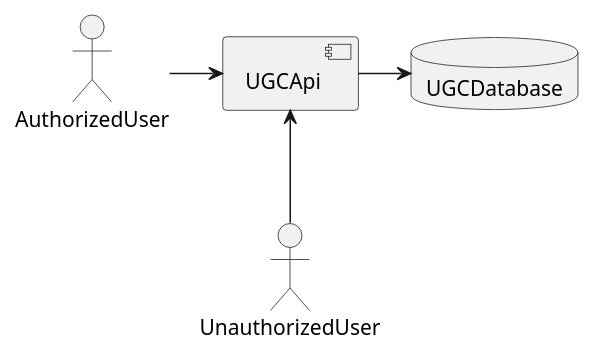
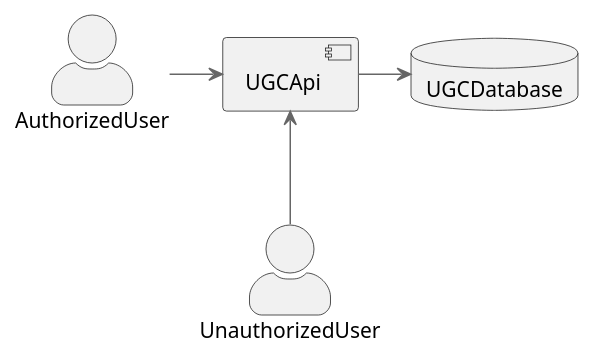
The diagram in docs/ugc-sch.puml (artwist-polyakov/Auth_sprint_1), drawn with PlantUML before and after one commit. The commit also changed 2 other files, not shown here.

Commit message:
обновляет схему связи сервисов

```diff
--- a/docs/ugc-sch.puml
+++ b/docs/ugc-sch.puml
@@ -1,12 +1,17 @@
 @startuml
+
+!include https://raw.githubusercontent.com/plantuml-stdlib/C4-PlantUML/master/C4_Container.puml
+
 skinparam componentStyle uml2
+
+
 actor AuthorizedUser
 actor UnauthorizedUser
 component UGCApi
 database UGCDatabase
 
 
 AuthorizedUser -> UGCApi
 UGCApi -> UGCDatabase
 UnauthorizedUser -up-> UGCApi
 @enduml
```
